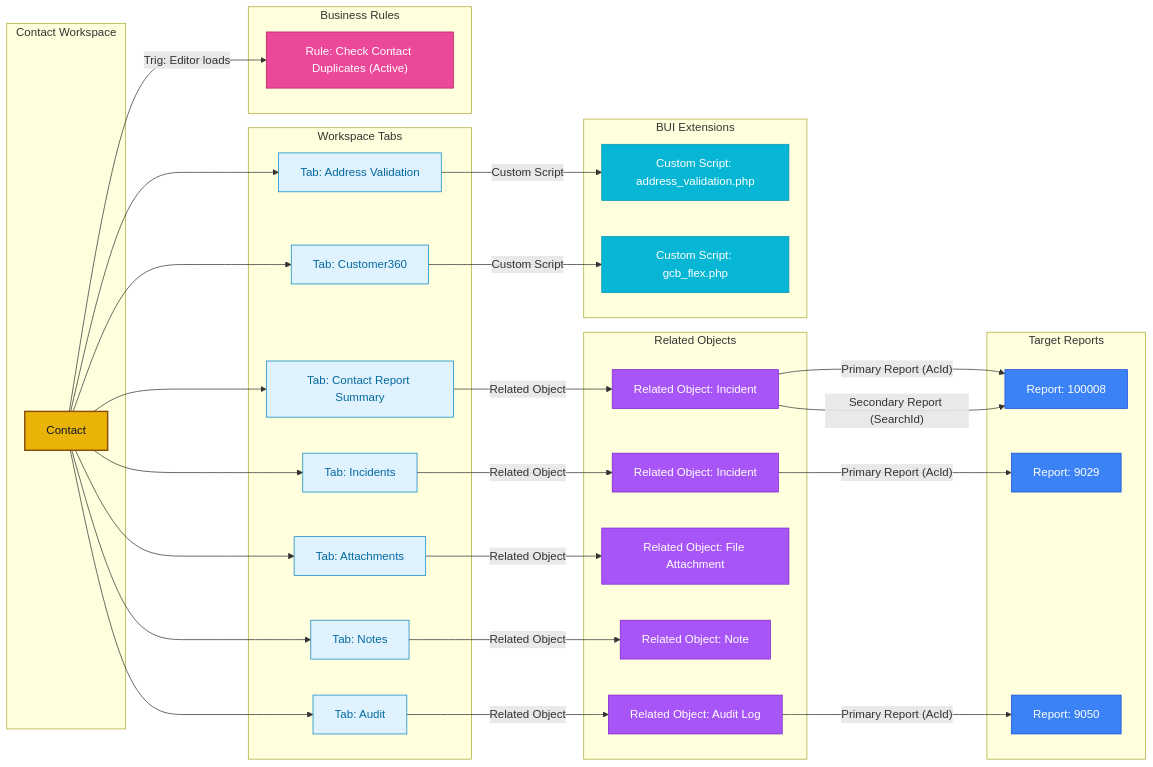
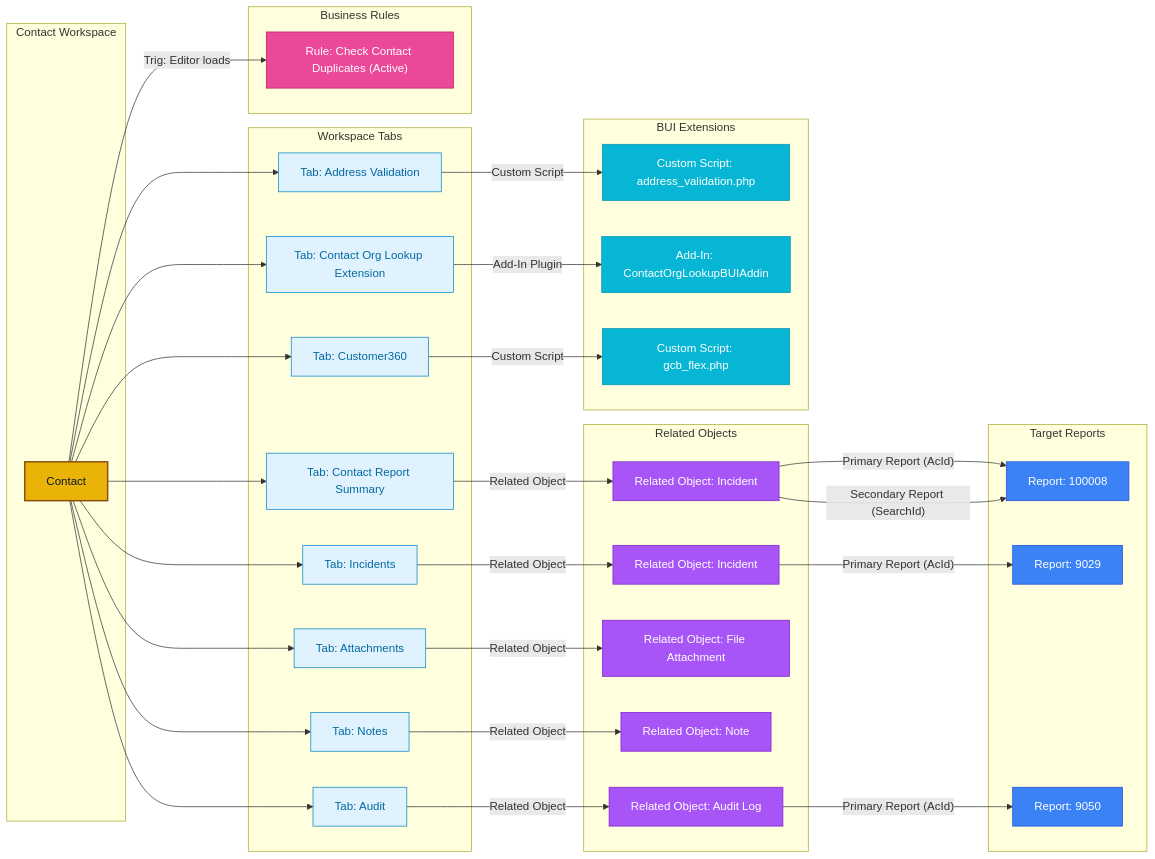
One commit to SujalMatolia0/Config_Migration changed the diagram in results/markdown/workspaces/Contact/report.md. Above: the diagram before and after it, drawn with Mermaid. The commit also changed other lines of this file and 15 other files, not shown here.

Commit message:
Add BUI addin tab to Contact workspace and update generated reports

````diff
--- a/results/markdown/workspaces/Contact/report.md
+++ b/results/markdown/workspaces/Contact/report.md
@@ -195,68 +211,72 @@
 ```mermaid
 graph LR
   classDef workspace fill:#eab308,stroke:#854d0e,stroke-width:2px,color:#0f172a;
   classDef tab fill:#e0f2fe,stroke:#0284c7,stroke-width:1px,color:#0369a1;
   classDef report fill:#3b82f6,stroke:#1d4ed8,stroke-width:1px,color:#fff;
   classDef browser fill:#ef4444,stroke:#b91c1c,stroke-width:1px,color:#fff;
   classDef rule fill:#ec4899,stroke:#be185d,stroke-width:1px,color:#fff;
   classDef field fill:#f1f5f9,stroke:#64748b,stroke-width:1px,color:#334155;
   classDef object fill:#a855f7,stroke:#7e22ce,stroke-width:1px,color:#fff;
   classDef addin fill:#06b6d4,stroke:#0891b2,stroke-width:1px,color:#fff;
   classDef warning fill:#cbd5e1,stroke:#94a3b8,stroke-width:1px,color:#64748b;
   subgraph Workspace_Layer["Contact Workspace"]
     WS_Contact["Contact"]:::workspace
   end
 
   subgraph Tabs_Layer["Workspace Tabs"]
     Tab_0["Tab: Contact Report Summary"]:::tab
     Tab_1["Tab: Incidents"]:::tab
     Tab_2["Tab: Address Validation"]:::tab
-    Tab_3["Tab: Customer360"]:::tab
-    Tab_4["Tab: Attachments"]:::tab
-    Tab_5["Tab: Notes"]:::tab
-    Tab_6["Tab: Audit"]:::tab
+    Tab_3["Tab: Contact Org Lookup Extension"]:::tab
+    Tab_4["Tab: Customer360"]:::tab
+    Tab_5["Tab: Attachments"]:::tab
+    Tab_6["Tab: Notes"]:::tab
+    Tab_7["Tab: Audit"]:::tab
   end
 
   subgraph Rules_Layer["Business Rules"]
     Rule_0["Rule: Check Contact Duplicates (Active)"]:::rule
   end
 
   subgraph Objects_Layer["Related Objects"]
     Obj_0_IncidentView["Related Object: Incident"]:::object
     Obj_1_IncidentView["Related Object: Incident"]:::object
-    Obj_4_FileAttachments["Related Object: File Attachment"]:::object
-    Obj_5_ContactNotes["Related Object: Note"]:::object
-    Obj_6_ContactAuditLog["Related Object: Audit Log"]:::object
+    Obj_5_FileAttachments["Related Object: File Attachment"]:::object
+    Obj_6_ContactNotes["Related Object: Note"]:::object
+    Obj_7_ContactAuditLog["Related Object: Audit Log"]:::object
   end
 
   subgraph Addins_Layer["BUI Extensions"]
     B_636908689046358799["Custom Script: address_validation.php"]:::addin
+    AddIn_3_0["Add-In: ContactOrgLookupBUIAddin"]:::addin
     B_636908689046358732["Custom Script: gcb_flex.php"]:::addin
   end
 
   subgraph Reports_Layer["Target Reports"]
     R_100008["Report: 100008"]:::report
     R_9029["Report: 9029"]:::report
     R_9050["Report: 9050"]:::report
   end
 
   WS_Contact --> Tab_0
   WS_Contact --> Tab_1
   WS_Contact --> Tab_2
   WS_Contact --> Tab_3
   WS_Contact --> Tab_4
   WS_Contact --> Tab_5
   WS_Contact --> Tab_6
+  WS_Contact --> Tab_7
   WS_Contact --> |"Trig: Editor loads"| Rule_0
   Tab_0 --> |"Related Object"| Obj_0_IncidentView
   Tab_1 --> |"Related Object"| Obj_1_IncidentView
   Tab_2 --> |"Custom Script"| B_636908689046358799
-  Tab_3 --> |"Custom Script"| B_636908689046358732
-  Tab_4 --> |"Related Object"| Obj_4_FileAttachments
-  Tab_5 --> |"Related Object"| Obj_5_ContactNotes
-  Tab_6 --> |"Related Object"| Obj_6_ContactAuditLog
+  Tab_3 --> |"Add-In Plugin"| AddIn_3_0
+  Tab_4 --> |"Custom Script"| B_636908689046358732
+  Tab_5 --> |"Related Object"| Obj_5_FileAttachments
+  Tab_6 --> |"Related Object"| Obj_6_ContactNotes
+  Tab_7 --> |"Related Object"| Obj_7_ContactAuditLog
   Obj_0_IncidentView --> |"Primary Report (AcId)"| R_100008
   Obj_0_IncidentView --> |"Secondary Report (SearchId)"| R_100008
   Obj_1_IncidentView --> |"Primary Report (AcId)"| R_9029
-  Obj_6_ContactAuditLog --> |"Primary Report (AcId)"| R_9050
+  Obj_7_ContactAuditLog --> |"Primary Report (AcId)"| R_9050
 ```
````
